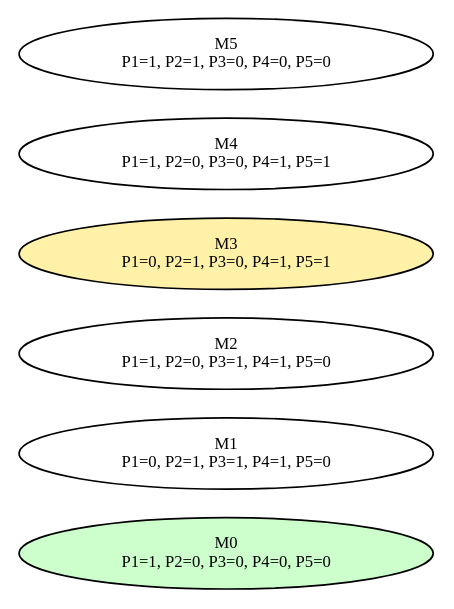
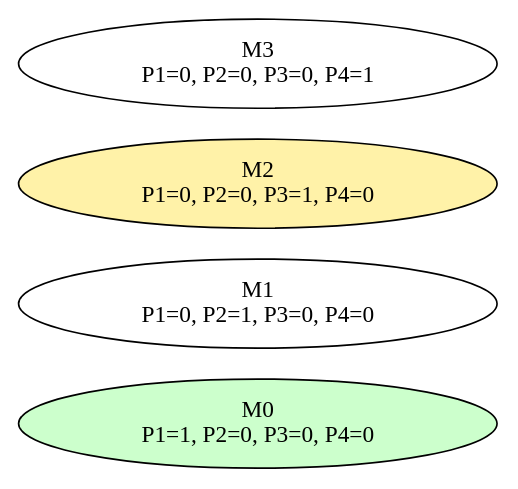
Before and after one commit to kimanh05/MHH-Petri-Nets: the diagram in visualization/optimization.dot, drawn with Graphviz. The commit also changed 13 other files, not shown here.

```diff
--- a/visualization/optimization.dot
+++ b/visualization/optimization.dot
@@ -1,10 +1,7 @@
 digraph Optimization {
     rankdir=LR;
-    node [shape=ellipse, fontsize=10];
-    M0 [label="M0\nP1=1, P2=0, P3=0, P4=0, P5=0" style=filled, fillcolor="#ccffcc"];
-    M1 [label="M1\nP1=0, P2=1, P3=1, P4=1, P5=0" ];
-    M2 [label="M2\nP1=1, P2=0, P3=1, P4=1, P5=0" ];
-    M3 [label="M3\nP1=0, P2=1, P3=0, P4=1, P5=1" style=filled, fillcolor="#fff2a8"];
-    M4 [label="M4\nP1=1, P2=0, P3=0, P4=1, P5=1" ];
-    M5 [label="M5\nP1=1, P2=1, P3=0, P4=0, P5=0" ];
+    M0 [label="M0\nP1=1, P2=0, P3=0, P4=0" style=filled, fillcolor="#ccffcc"];
+    M1 [label="M1\nP1=0, P2=1, P3=0, P4=0" ];
+    M2 [label="M2\nP1=0, P2=0, P3=1, P4=0" style=filled, fillcolor="#fff2a8"];
+    M3 [label="M3\nP1=0, P2=0, P3=0, P4=1" ];
 }
```
